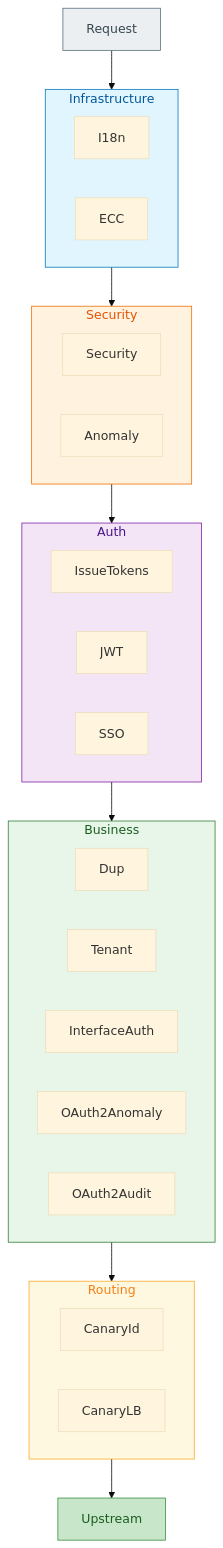
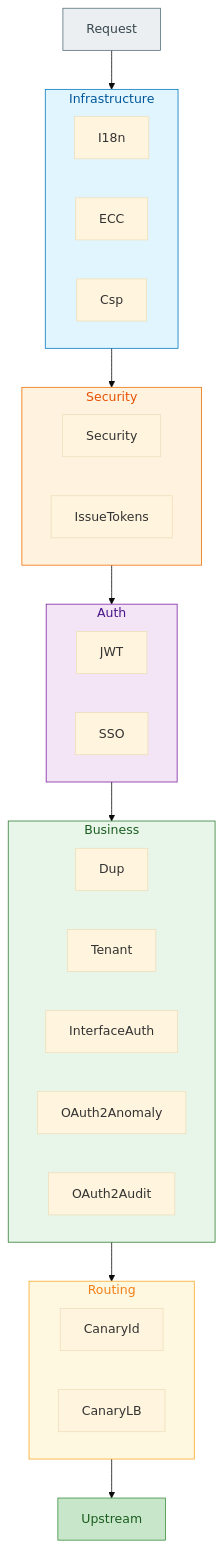
The third of 3 diagrams in atlas-richie-gateway-service/README.md (richie696/atlas-richie-platform), drawn with Mermaid (base theme) before and after one commit. The commit also changed other lines of this file and 18 other files, not shown here.

````diff
--- a/atlas-richie-gateway-service/README.md
+++ b/atlas-richie-gateway-service/README.md
@@ -437,37 +487,38 @@
 ```mermaid
 flowchart TD
     REQ[Request] --> L1
     subgraph L1[Infrastructure]
         F1[I18n]
         F2[ECC]
+        F3[Csp]
     end
     subgraph L2[Security]
-        F3[Security]
-        F4[Anomaly]
+        F4[Security]
+        F5[Anomaly]
     end
     subgraph L3[Auth]
         F5[IssueTokens]
         F6[JWT]
         F7[SSO]
     end
     subgraph L4[Business]
         F8[Dup]
         F9[Tenant]
         F10[InterfaceAuth]
         F11[OAuth2Anomaly]
         F12[OAuth2Audit]
     end
     subgraph L5[Routing]
         F13[CanaryId]
         F14[CanaryLB]
     end
     L1 --> L2 --> L3 --> L4 --> L5 --> SVC[Upstream]
 
     style REQ fill:#eceff1,stroke:#546e7a,color:#37474f
     style L1 fill:#e1f5fe,stroke:#0277bd,color:#01579b
     style L2 fill:#fff3e0,stroke:#ef6c00,color:#e65100
     style L3 fill:#f3e5f5,stroke:#7b1fa2,color:#4a148c
     style L4 fill:#e8f5e9,stroke:#2e7d32,color:#1b5e20
     style L5 fill:#fff8e1,stroke:#f9a825,color:#f57f17
     style SVC fill:#c8e6c9,stroke:#388e3c,color:#1b5e20
 ```
````
